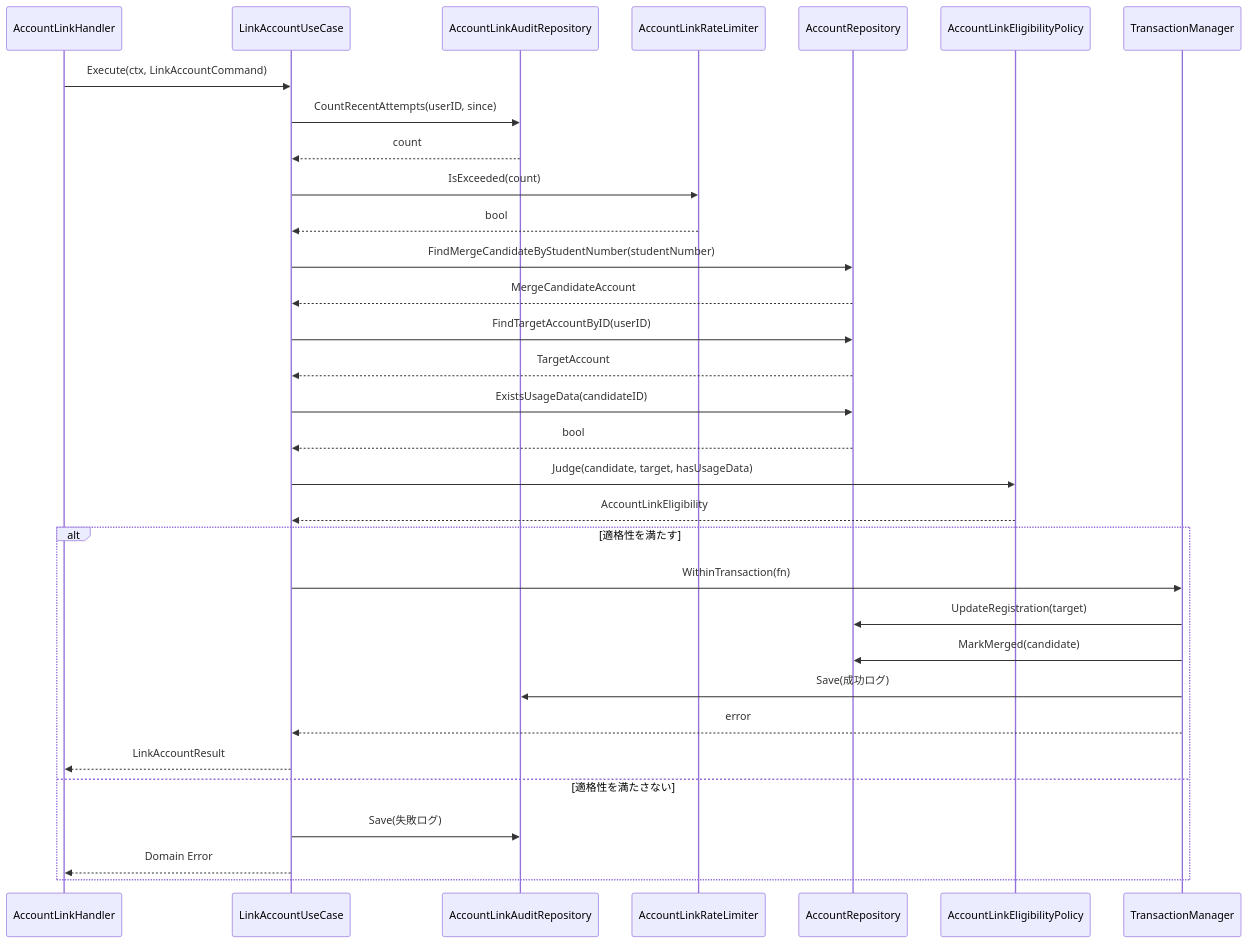
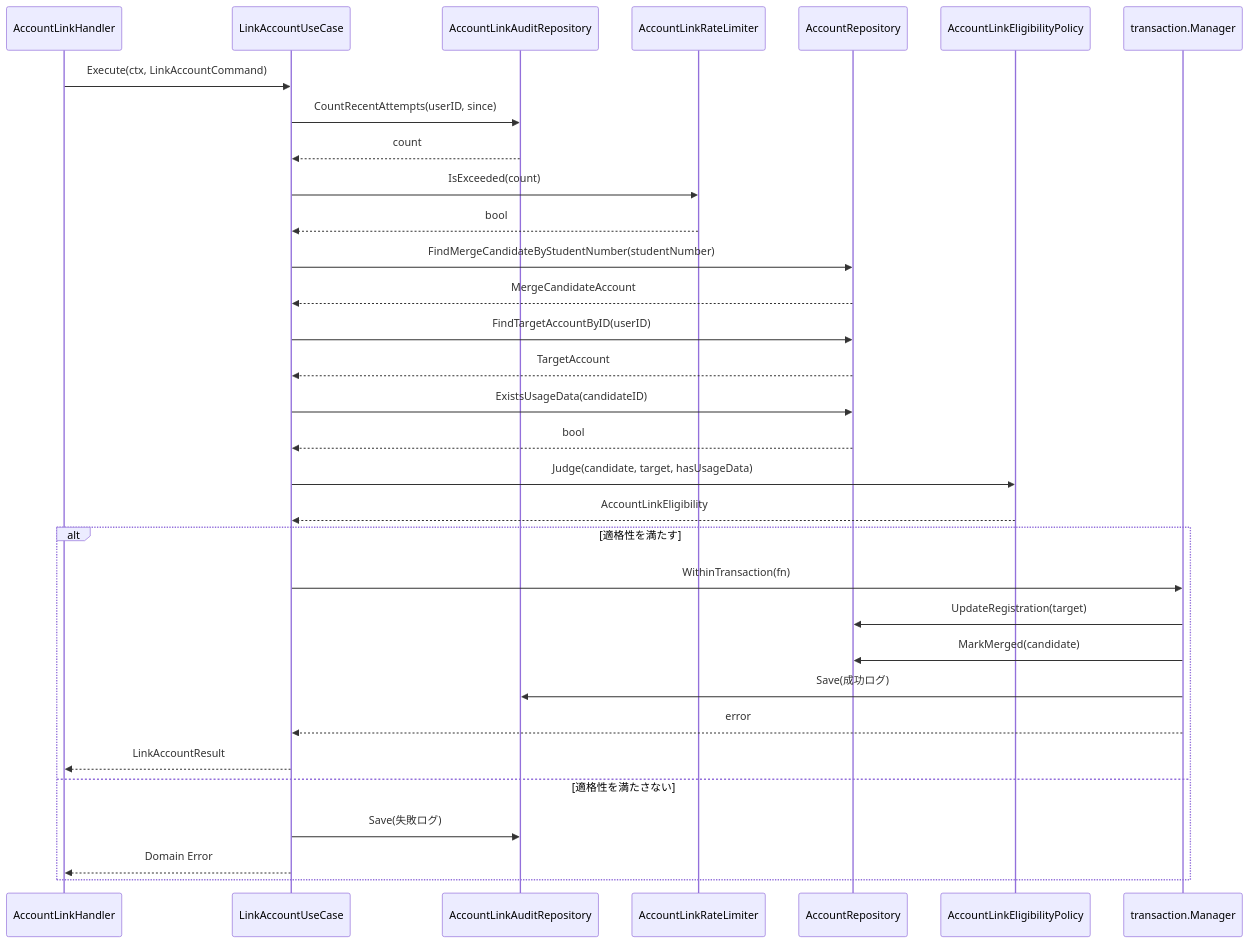
The first of 2 diagrams in 計画書/Go実装仕様書/アカウント連携機能_Go実装仕様書_2_Application・Presentation.md (yuta20253/edu-platform-go-design), drawn with Mermaid before and after one commit. The commit also changed other lines of this file and 1 other file, not shown here.

````diff
--- a/計画書/Go実装仕様書/アカウント連携機能_Go実装仕様書_2_Application・Presentation.md
+++ b/計画書/Go実装仕様書/アカウント連携機能_Go実装仕様書_2_Application・Presentation.md
@@ -94,35 +143,35 @@
 ```mermaid
 sequenceDiagram
     participant H as AccountLinkHandler
     participant UC as LinkAccountUseCase
     participant ALAR as AccountLinkAuditRepository
     participant RL as AccountLinkRateLimiter
     participant AR as AccountRepository
     participant EP as AccountLinkEligibilityPolicy
-    participant TM as TransactionManager
+    participant TM as transaction.Manager
 
     H->>UC: Execute(ctx, LinkAccountCommand)
     UC->>ALAR: CountRecentAttempts(userID, since)
     ALAR-->>UC: count
     UC->>RL: IsExceeded(count)
     RL-->>UC: bool
     UC->>AR: FindMergeCandidateByStudentNumber(studentNumber)
     AR-->>UC: MergeCandidateAccount
     UC->>AR: FindTargetAccountByID(userID)
     AR-->>UC: TargetAccount
     UC->>AR: ExistsUsageData(candidateID)
     AR-->>UC: bool
     UC->>EP: Judge(candidate, target, hasUsageData)
     EP-->>UC: AccountLinkEligibility
     alt 適格性を満たす
         UC->>TM: WithinTransaction(fn)
         TM->>AR: UpdateRegistration(target)
         TM->>AR: MarkMerged(candidate)
         TM->>ALAR: Save(成功ログ)
         TM-->>UC: error
         UC-->>H: LinkAccountResult
     else 適格性を満たさない
         UC->>ALAR: Save(失敗ログ)
         UC-->>H: Domain Error
     end
 ```
````
